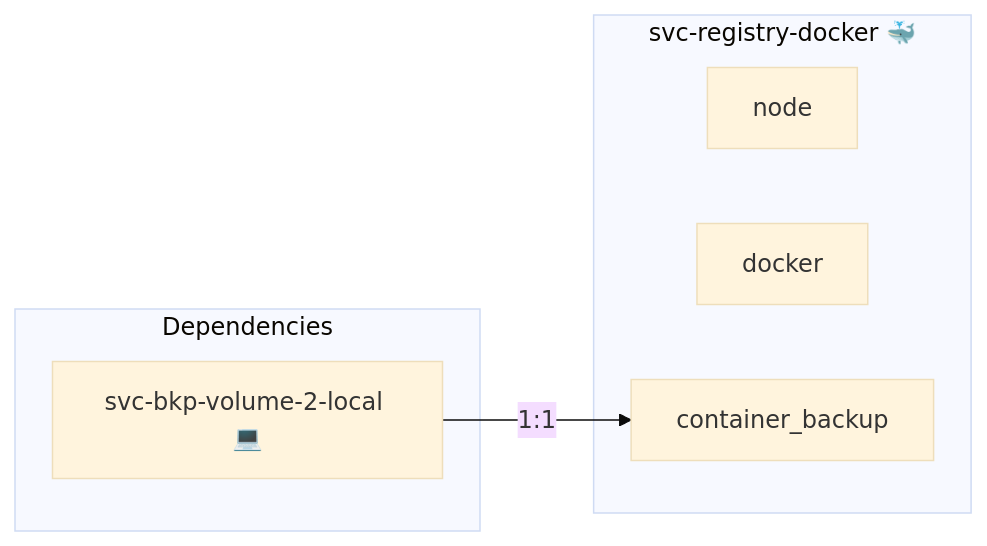
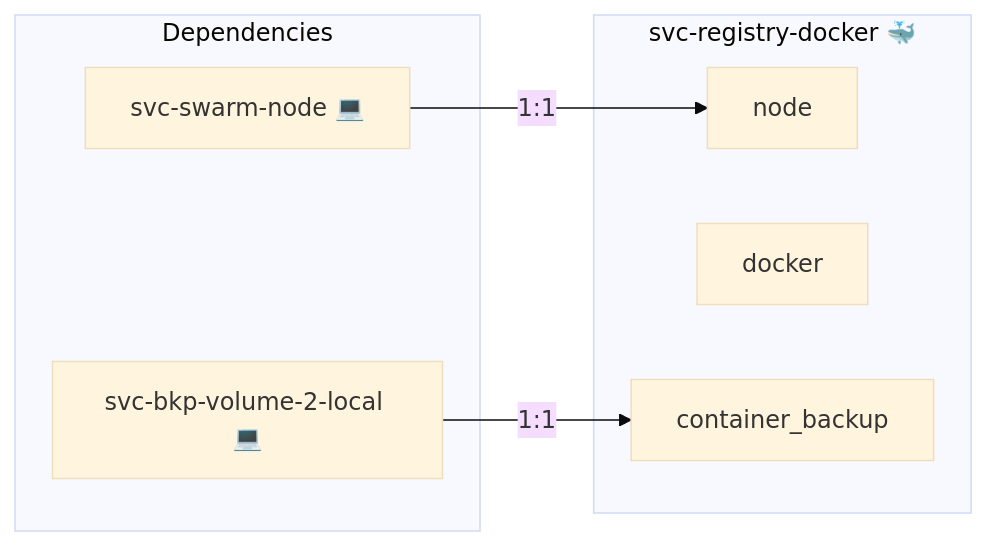
The diagram in roles/svc-registry-docker/README.md (AlejandroRomanIbanez/infinito-nexus), drawn with Mermaid (base theme) before and after one commit. The commit also changed other lines of this file and 256 other files, not shown here.

````diff
--- a/roles/svc-registry-docker/README.md
+++ b/roles/svc-registry-docker/README.md
@@ -23,12 +23,14 @@
 ```mermaid
 flowchart LR
     subgraph deps [Dependencies]
         dep_svc_bkp_volume_2_local["svc-bkp-volume-2-local 💻"]
+        dep_svc_swarm_node["svc-swarm-node 💻"]
     end
     subgraph role [svc-registry-docker 🐳]
         svc_node["node"]
         svc_docker["docker"]
         svc_container_backup["container_backup"]
     end
     dep_svc_bkp_volume_2_local -- "1:1" --> svc_container_backup
+    dep_svc_swarm_node -- "1:1" --> svc_node
 ```
````
